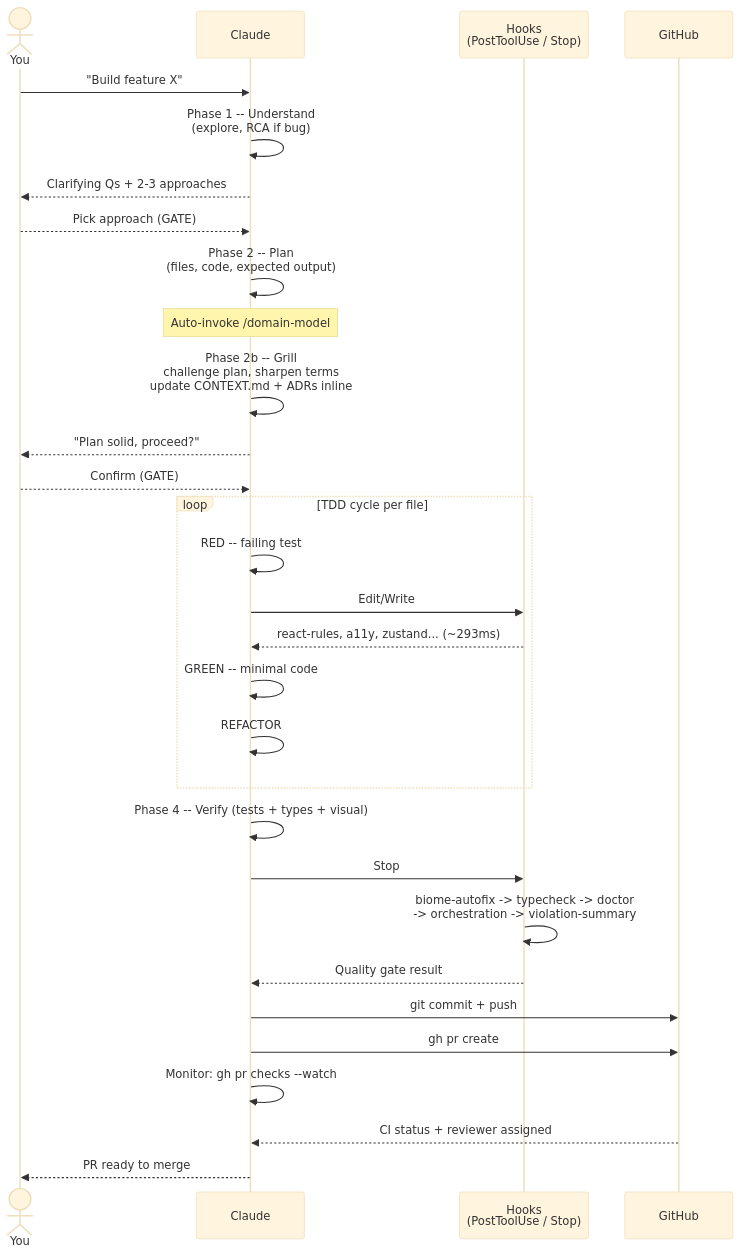
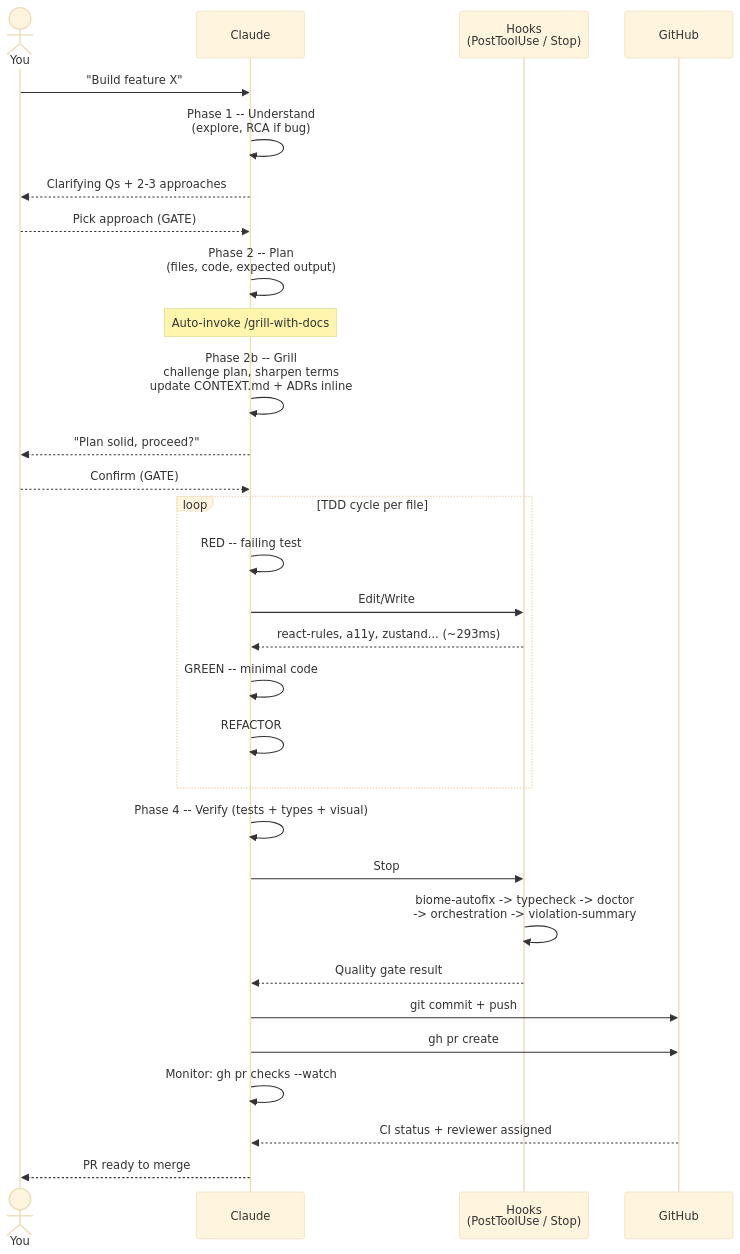
The second of 6 diagrams in README.md (malinskibeniamin/skills), drawn with Mermaid (base theme) before and after one commit. The commit also changed other lines of this file and 1 other file, not shown here.

````diff
--- a/README.md
+++ b/README.md
@@ -213,36 +213,36 @@
 ```mermaid
 sequenceDiagram
     actor You
     participant Claude
     participant Hooks as Hooks<br/>(PostToolUse / Stop)
     participant GH as GitHub
 
     You->>Claude: "Build feature X"
     Claude->>Claude: Phase 1 -- Understand<br/>(explore, RCA if bug)
     Claude-->>You: Clarifying Qs + 2-3 approaches
     You-->>Claude: Pick approach (GATE)
     Claude->>Claude: Phase 2 -- Plan<br/>(files, code, expected output)
 
-    Note over Claude: Auto-invoke /domain-model
+    Note over Claude: Auto-invoke /grill-with-docs
     Claude->>Claude: Phase 2b -- Grill<br/>challenge plan, sharpen terms<br/>update CONTEXT.md + ADRs inline
     Claude-->>You: "Plan solid, proceed?"
     You-->>Claude: Confirm (GATE)
 
     loop TDD cycle per file
         Claude->>Claude: RED -- failing test
         Claude->>Hooks: Edit/Write
         Hooks-->>Claude: react-rules, a11y, zustand... (~293ms)
         Claude->>Claude: GREEN -- minimal code
         Claude->>Claude: REFACTOR
     end
 
     Claude->>Claude: Phase 4 -- Verify (tests + types + visual)
     Claude->>Hooks: Stop
     Hooks->>Hooks: biome-autofix -> typecheck -> doctor<br/>-> orchestration -> violation-summary
     Hooks-->>Claude: Quality gate result
     Claude->>GH: git commit + push
     Claude->>GH: gh pr create
     Claude->>Claude: Monitor: gh pr checks --watch
     GH-->>Claude: CI status + reviewer assigned
     Claude-->>You: PR ready to merge
 ```
````
